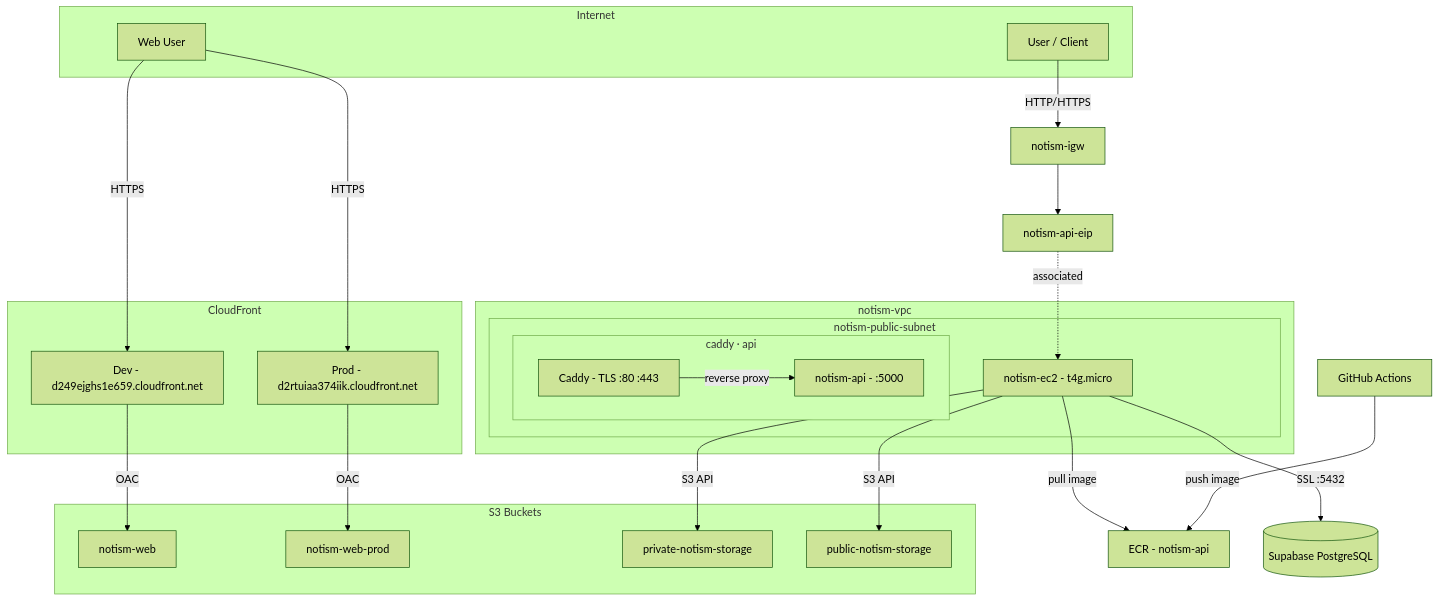
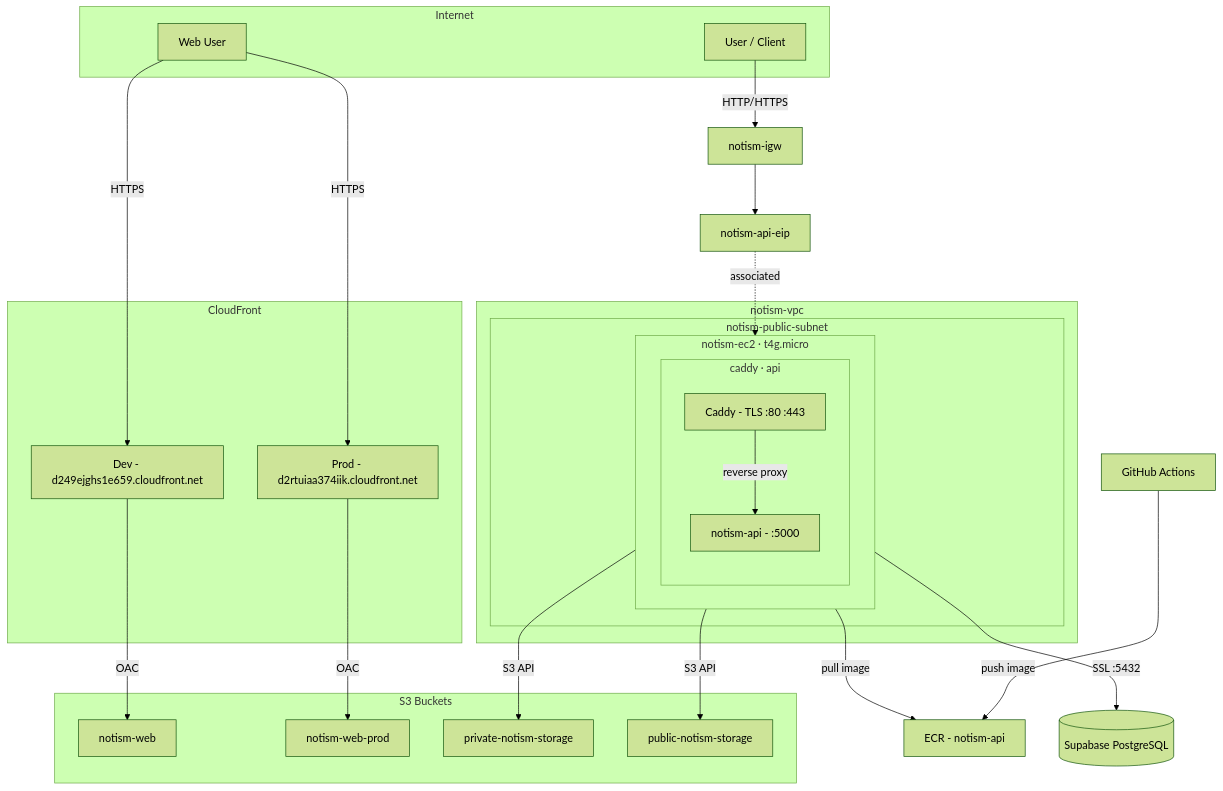
Before and after one commit to simpscal/notism-api: the first of 2 diagrams in docs/infra/aws-architecture.md, drawn with Mermaid (forest theme).

Commit message:
docs(infra): nest containers inside EC2 subgraph

````diff
--- a/docs/infra/aws-architecture.md
+++ b/docs/infra/aws-architecture.md
@@ -9,49 +9,50 @@
 ```mermaid
 flowchart TB
   subgraph internet [Internet]
     User[User / Client]
     WebUser[Web User]
   end
 
   IGW[notism-igw]
   EIP[notism-api-eip]
   ECR[ECR - notism-api]
   Supabase[(Supabase PostgreSQL)]
 
   subgraph cdn [CloudFront]
     CFDev[Dev - d249ejghs1e659.cloudfront.net]
     CFProd[Prod - d2rtuiaa374iik.cloudfront.net]
   end
 
   subgraph s3 [S3 Buckets]
     S3Web[notism-web]
     S3WebProd[notism-web-prod]
     S3Private[private-notism-storage]
     S3Public[public-notism-storage]
   end
 
   subgraph vpc [notism-vpc]
     subgraph publicSubnet [notism-public-subnet]
-      EC2[notism-ec2 - t4g.micro]
-      subgraph containers [caddy · api]
-        Caddy[Caddy - TLS :80 :443]
-        API[notism-api - :5000]
-        Caddy -->|reverse proxy| API
+      subgraph EC2 [notism-ec2 · t4g.micro]
+        subgraph containers [caddy · api]
+          Caddy[Caddy - TLS :80 :443]
+          API[notism-api - :5000]
+          Caddy -->|reverse proxy| API
+        end
       end
     end
   end
 
   WebUser -->|HTTPS| CFDev
   WebUser -->|HTTPS| CFProd
   CFDev -->|OAC| S3Web
   CFProd -->|OAC| S3WebProd
 
   User -->|HTTP/HTTPS| IGW
   IGW --> EIP
   EIP -.->|associated| EC2
   EC2 -->|S3 API| S3Private
   EC2 -->|S3 API| S3Public
   EC2 -->|pull image| ECR
   EC2 -->|"SSL :5432"| Supabase
   CI[GitHub Actions] -->|push image| ECR
 ```
````
